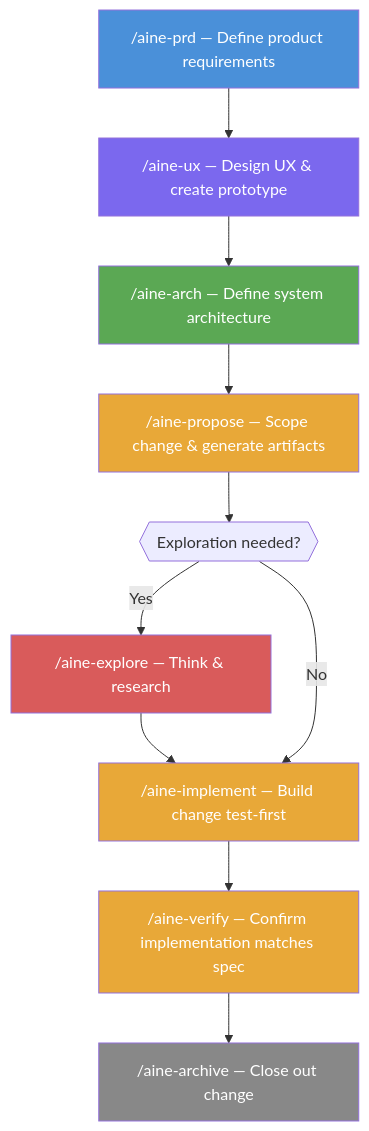
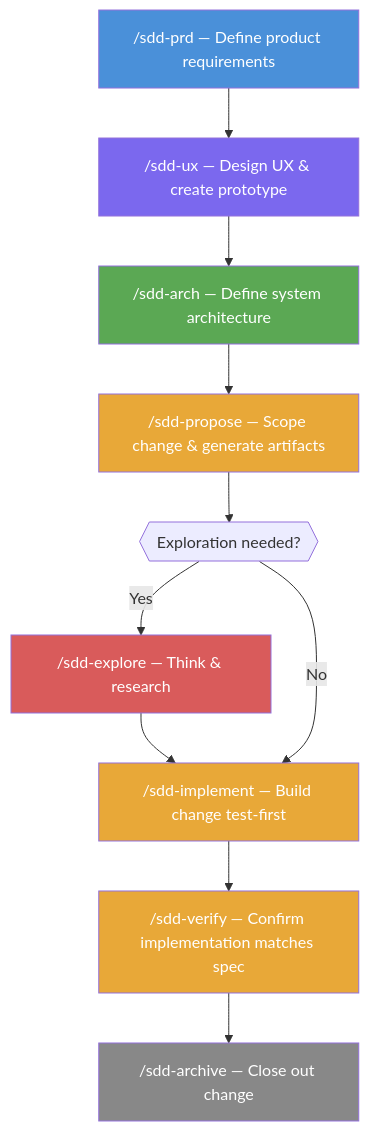
Before and after one commit to AlessioScarfone/aine-copilot-plugins: the diagram in README.md, drawn with Mermaid. The commit also changed other lines of this file and 45 other files, not shown here.

First line of the commit message:
Add templates for design, PRD, proposal, prototype, spec, tasks, and UX documentation

````diff
--- a/README.md
+++ b/README.md
@@ -82,26 +82,26 @@
 ```mermaid
 flowchart TD
-    PRD["/aine-prd — Define product requirements"] --> UX
-    UX["/aine-ux — Design UX & create prototype"] --> ARCH
-    ARCH["/aine-arch — Define system architecture"] --> PROPOSE
+    PRD["/sdd-prd — Define product requirements"] --> UX
+    UX["/sdd-ux — Design UX & create prototype"] --> ARCH
+    ARCH["/sdd-arch — Define system architecture"] --> PROPOSE
 
-    PROPOSE["/aine-propose — Scope change & generate artifacts"] --> EXPLORE
+    PROPOSE["/sdd-propose — Scope change & generate artifacts"] --> EXPLORE
 
     EXPLORE{{"Exploration needed?"}}
-    EXPLORE -- Yes --> EX["/aine-explore — Think & research"]
+    EXPLORE -- Yes --> EX["/sdd-explore — Think & research"]
     EX --> IMPLEMENT
     EXPLORE -- No --> IMPLEMENT
 
-    IMPLEMENT["/aine-implement — Build change test-first"] --> VERIFY
-    VERIFY["/aine-verify — Confirm implementation matches spec"] --> ARCHIVE
-    ARCHIVE["/aine-archive — Close out change"]
+    IMPLEMENT["/sdd-implement — Build change test-first"] --> VERIFY
+    VERIFY["/sdd-verify — Confirm implementation matches spec"] --> ARCHIVE
+    ARCHIVE["/sdd-archive — Close out change"]
 
     style PRD fill:#4A90D9,color:#fff
     style UX fill:#7B68EE,color:#fff
     style ARCH fill:#5BA854,color:#fff
     style PROPOSE fill:#E8A838,color:#fff
     style IMPLEMENT fill:#E8A838,color:#fff
     style VERIFY fill:#E8A838,color:#fff
     style ARCHIVE fill:#888,color:#fff
     style EX fill:#D95B5B,color:#fff
 ```
````
